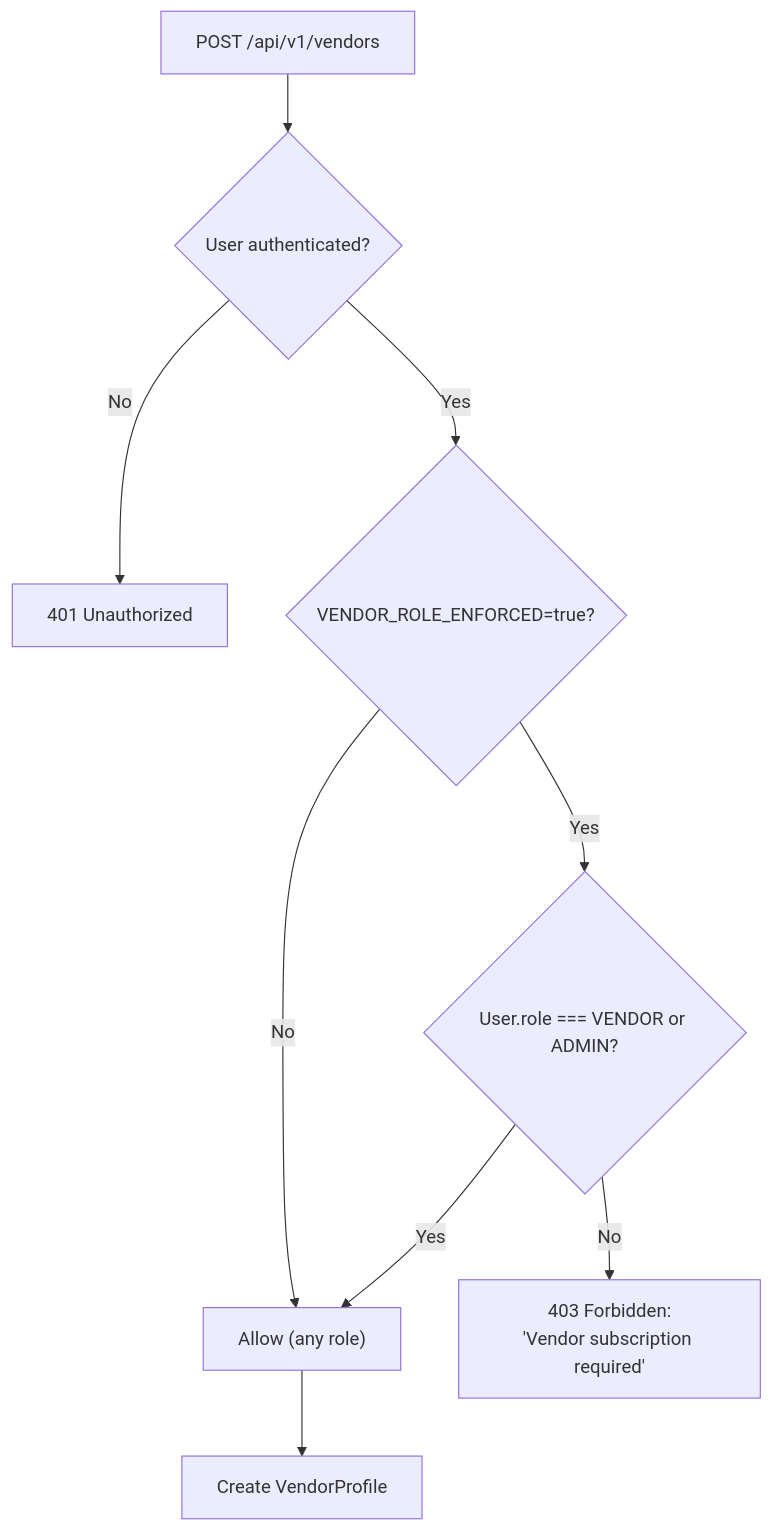
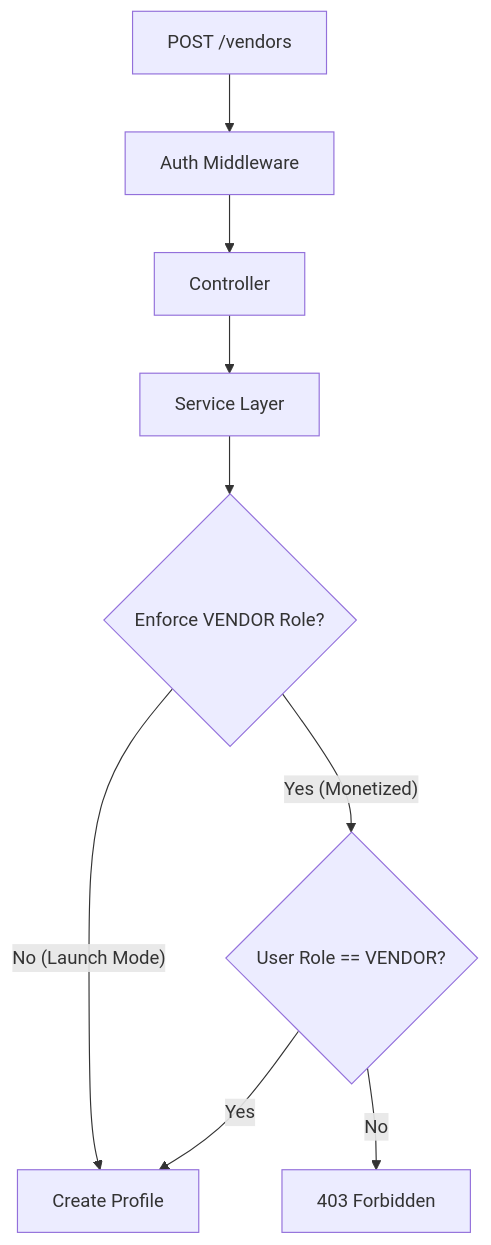
Before and after one commit to Matesfu/advert-app: the second of 2 diagrams in docs/vendor_profile/implementation_plan.md, drawn with Mermaid. The commit also changed other lines of this file and 1 other file, not shown here.

Commit message:
task.md added for the vendor_profile implementation

````diff
--- a/docs/vendor_profile/implementation_plan.md
+++ b/docs/vendor_profile/implementation_plan.md
@@ -73,11 +52,13 @@
 ```mermaid
 flowchart TD
-    A["POST /api/v1/vendors"] --> B{"User authenticated?"}
-    B -- No --> C["401 Unauthorized"]
-    B -- Yes --> D{"VENDOR_ROLE_ENFORCED=true?"}
-    D -- No --> F["Allow (any role)"]
-    D -- Yes --> E{"User.role === VENDOR or ADMIN?"}
-    E -- No --> G["403 Forbidden:\n'Vendor subscription required'"]
-    E -- Yes --> F
-    F --> H["Create VendorProfile"]
+    Req[POST /vendors] --> Auth[Auth Middleware]
+    Auth --> Ctrl[Controller]
+    Ctrl --> Svc[Service Layer]
+    Svc --> Check{Enforce VENDOR Role?}
+    
+    Check -- No (Launch Mode) --> Create[Create Profile]
+    Check -- Yes (Monetized) --> RoleCheck{User Role == VENDOR?}
+    
+    RoleCheck -- Yes --> Create
+    RoleCheck -- No --> Error[403 Forbidden]
 ```
````
